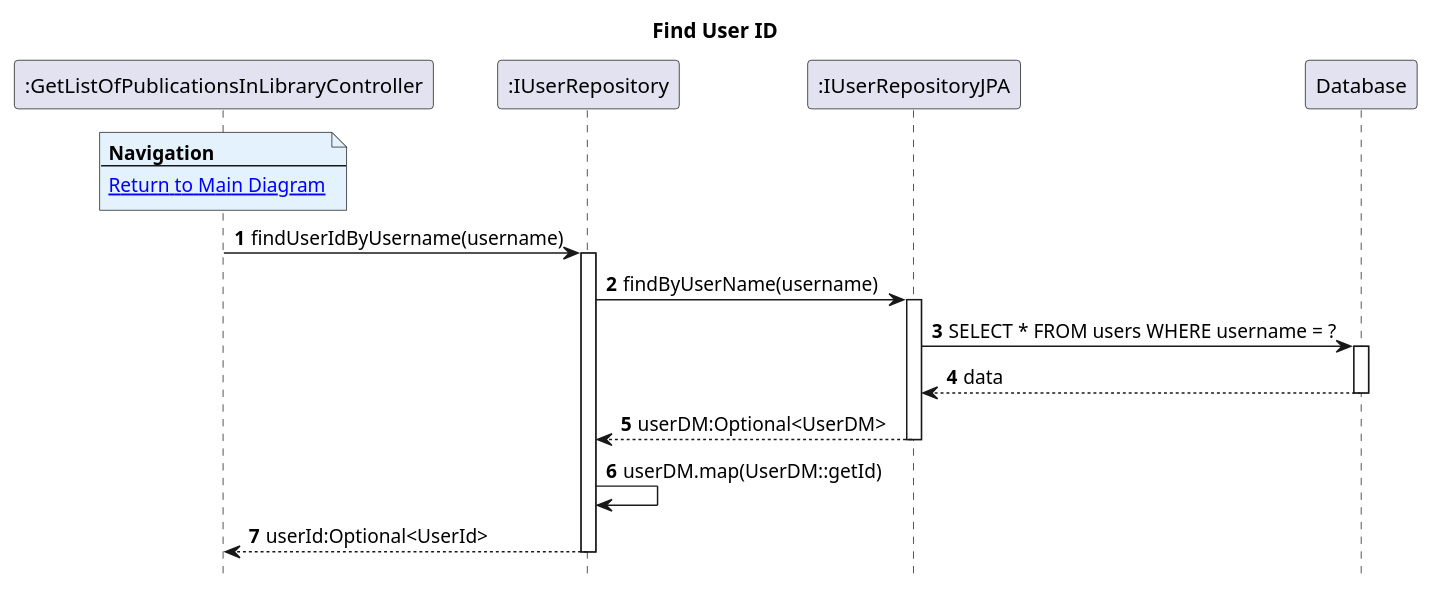
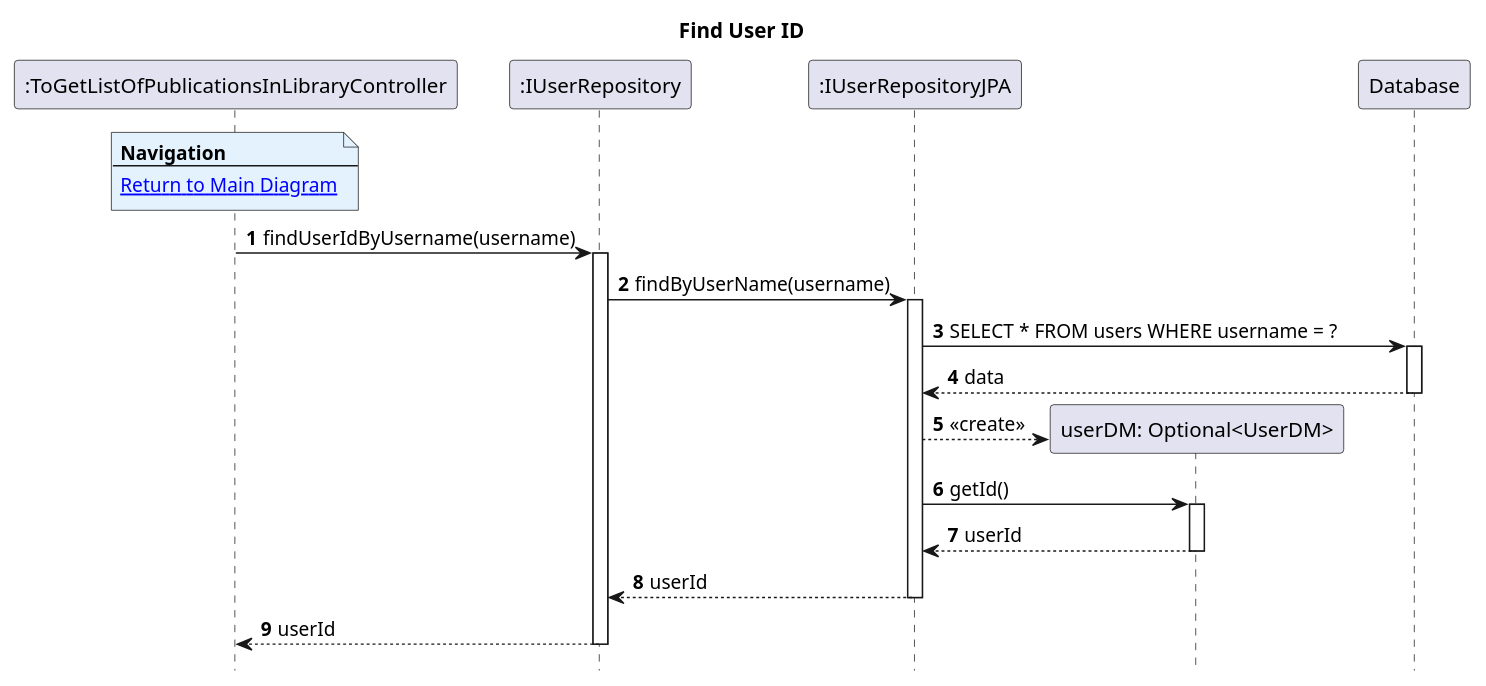
Before and after one commit to AndrePereiraGitH/SWitCH-Project-Team_A: the diagram in Diagrams/SequenceDiagrams/N2/To-Get-List-Of-Publications-In-My-Library/2.FindUserId.puml, drawn with PlantUML. The commit also changed 5 other files, not shown here.

```diff
--- a/Diagrams/SequenceDiagrams/N2/To-Get-List-Of-Publications-In-My-Library/2.FindUserId.puml
+++ b/Diagrams/SequenceDiagrams/N2/To-Get-List-Of-Publications-In-My-Library/2.FindUserId.puml
@@ -1,36 +1,41 @@
 @startuml
 hide footbox
 autonumber
 title Find User ID
 
-participant ":GetListOfPublicationsInLibraryController" as Ctrl
+participant ":ToGetListOfPublicationsInLibraryController" as Ctrl
 participant ":IUserRepository" as userRepo
 participant ":IUserRepositoryJPA" as userJpa
+participant "userDM: Optional<UserDM>" as userDM
 participant "Database" as db
 
 note over Ctrl #E3F2FD
 <b>Navigation</b>
 ---
 [[1.MainDiagram.puml Return to Main Diagram]]
 end note
 
 Ctrl -> userRepo: findUserIdByUsername(username)
 activate userRepo
 
 userRepo -> userJpa: findByUserName(username)
 activate userJpa
 
 userJpa -> db: SELECT * FROM users WHERE username = ?
 activate db
 db --> userJpa: data
 deactivate db
 
-userJpa --> userRepo: userDM:Optional<UserDM>
+userJpa --> userDM**: <<create>>
+userJpa -> userDM: getId()
+activate userDM
+userDM --> userJpa: userId
+deactivate userDM
+
+userJpa --> userRepo: userId
 deactivate userJpa
 
-userRepo -> userRepo: userDM.map(UserDM::getId)
-
-userRepo --> Ctrl: userId:Optional<UserId>
+userRepo --> Ctrl: userId
 deactivate userRepo
 
 @enduml
```
